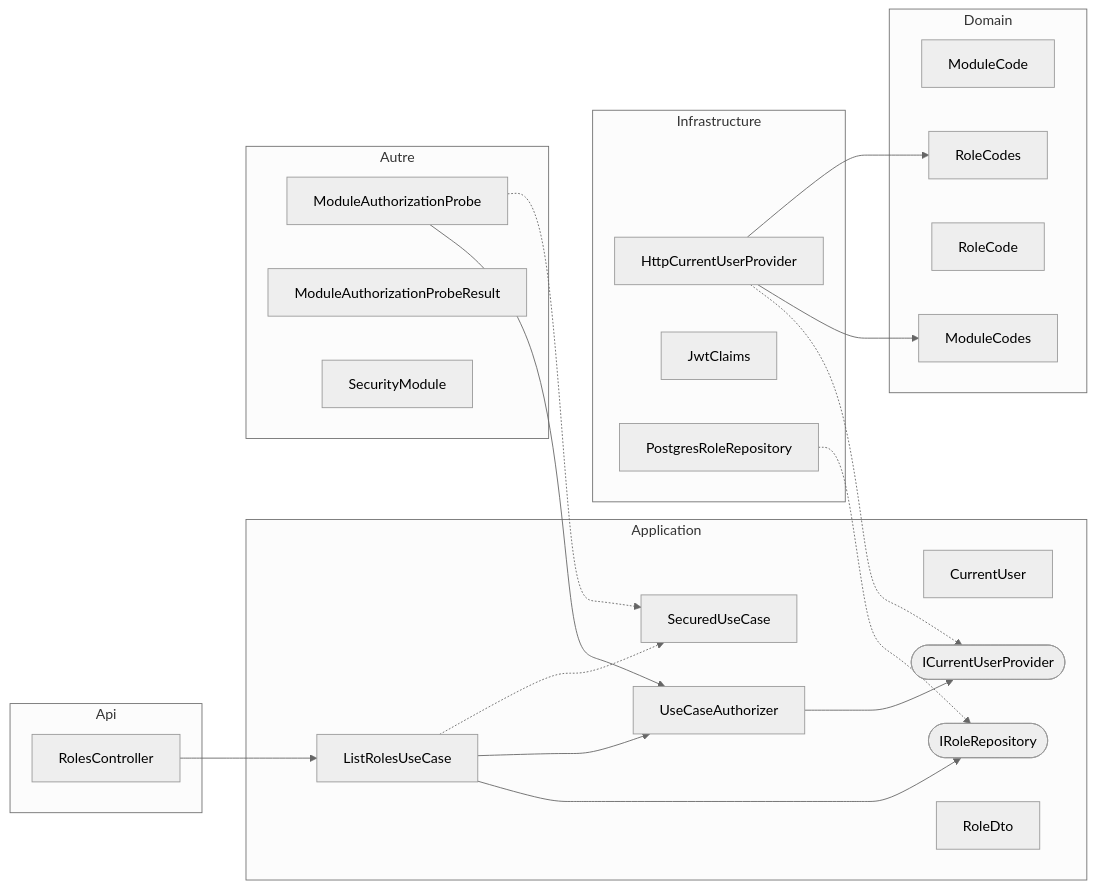
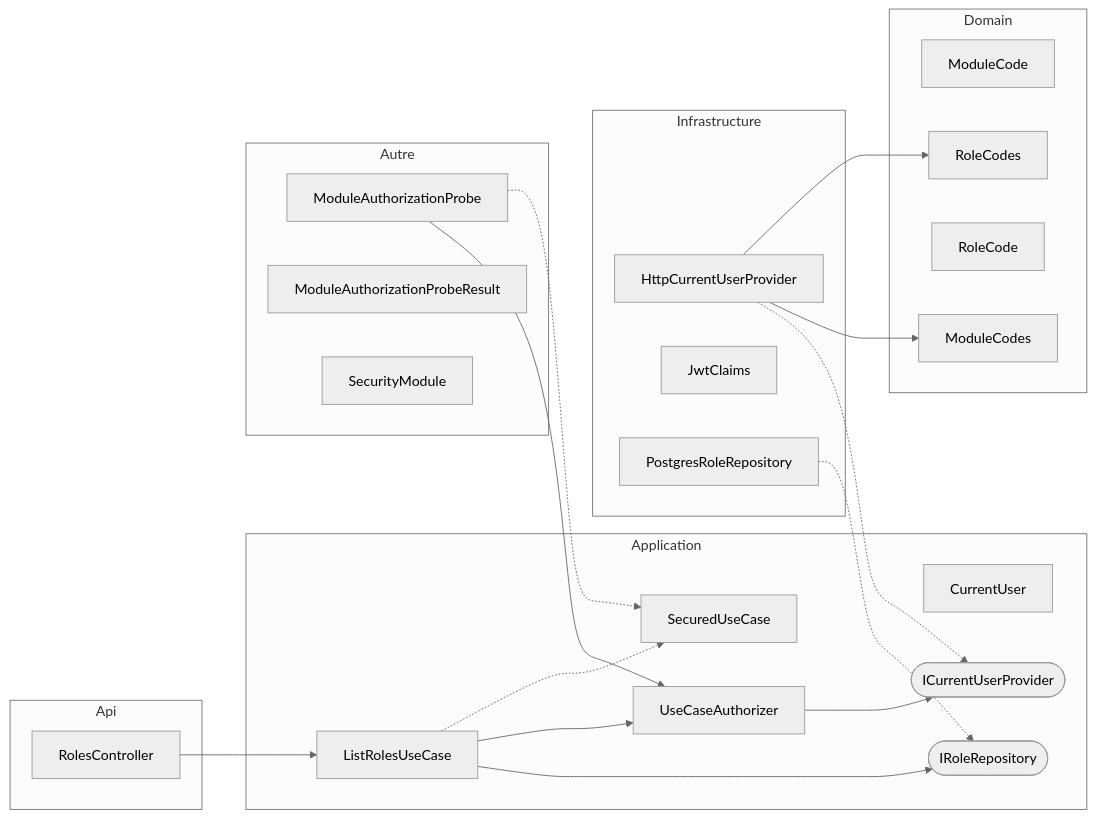
One commit to huiitre/Tools-app changed the diagram in api/docs/diagrams/Core/Security/security.md. Above: the diagram before and after it, drawn with Mermaid (neutral theme). The commit also changed 22 other files, not shown here.

````diff
--- a/api/docs/diagrams/Core/Security/security.md
+++ b/api/docs/diagrams/Core/Security/security.md
@@ -5,42 +5,41 @@
 ```mermaid
 flowchart LR
   subgraph Api
   RolesController["RolesController"]
   end
   subgraph Application
   CurrentUser["CurrentUser"]
   ICurrentUserProvider(["ICurrentUserProvider"])
   IRoleRepository(["IRoleRepository"])
   ListRolesUseCase["ListRolesUseCase"]
-  RoleDto["RoleDto"]
   SecuredUseCase["SecuredUseCase"]
   UseCaseAuthorizer["UseCaseAuthorizer"]
   end
   subgraph Domain
   ModuleCode["ModuleCode"]
   ModuleCodes["ModuleCodes"]
   RoleCode["RoleCode"]
   RoleCodes["RoleCodes"]
   end
   subgraph Infrastructure
   HttpCurrentUserProvider["HttpCurrentUserProvider"]
   JwtClaims["JwtClaims"]
   PostgresRoleRepository["PostgresRoleRepository"]
   end
   subgraph Autre
   ModuleAuthorizationProbe["ModuleAuthorizationProbe"]
   ModuleAuthorizationProbeResult["ModuleAuthorizationProbeResult"]
   SecurityModule["SecurityModule"]
   end
   HttpCurrentUserProvider -.-> ICurrentUserProvider
   HttpCurrentUserProvider --> ModuleCodes
   HttpCurrentUserProvider --> RoleCodes
   ListRolesUseCase --> IRoleRepository
   ListRolesUseCase --> UseCaseAuthorizer
   ListRolesUseCase -.-> SecuredUseCase
   ModuleAuthorizationProbe --> UseCaseAuthorizer
   ModuleAuthorizationProbe -.-> SecuredUseCase
   PostgresRoleRepository -.-> IRoleRepository
   RolesController --> ListRolesUseCase
   UseCaseAuthorizer --> ICurrentUserProvider
 ```
````
